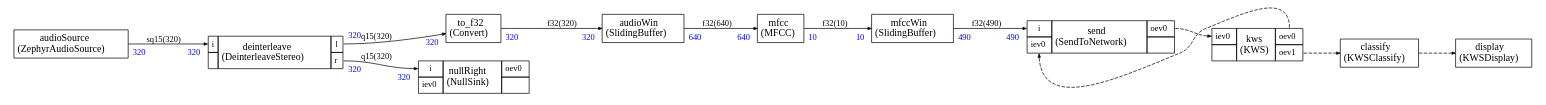
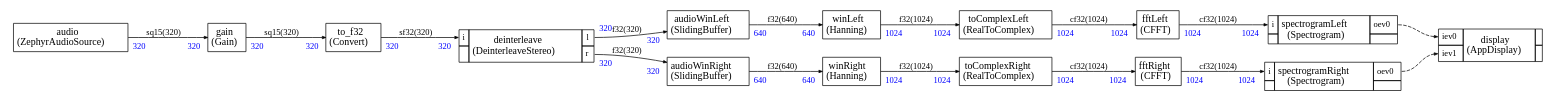
One commit to christophe0606/ZephyrAI changed the diagram in src/stream/scheduler/graph.dot. Above: the diagram before and after it, drawn with Graphviz. The commit also changed 9 other files, not shown here.

```diff
--- a/src/stream/scheduler/graph.dot
+++ b/src/stream/scheduler/graph.dot
@@ -11,17 +11,24 @@
     edge [arrowsize="0.5",color="black",fontcolor="black",fontname="Times-Roman"]
 
 
-audioSource [label=<
+audio [label=<
 <TABLE color="black" bgcolor="none" BORDER="0" CELLBORDER="1" CELLSPACING="0" CELLPADDING="4">
   <TR>
-    <TD ALIGN="CENTER" PORT="i"><FONT COLOR="black" POINT-SIZE="14.0">audioSource<BR/>(ZephyrAudioSource)</FONT></TD>
+    <TD ALIGN="CENTER" PORT="i"><FONT COLOR="black" POINT-SIZE="14.0">audio<BR/>(ZephyrAudioSource)</FONT></TD>
   </TR>
 </TABLE>>];
 
-audioWin [label=<
+audioWinLeft [label=<
 <TABLE color="black" bgcolor="none" BORDER="0" CELLBORDER="1" CELLSPACING="0" CELLPADDING="4">
   <TR>
-    <TD ALIGN="CENTER" PORT="i"><FONT COLOR="black" POINT-SIZE="14.0">audioWin<BR/>(SlidingBuffer)</FONT></TD>
+    <TD ALIGN="CENTER" PORT="i"><FONT COLOR="black" POINT-SIZE="14.0">audioWinLeft<BR/>(SlidingBuffer)</FONT></TD>
+  </TR>
+</TABLE>>];
+
+audioWinRight [label=<
+<TABLE color="black" bgcolor="none" BORDER="0" CELLBORDER="1" CELLSPACING="0" CELLPADDING="4">
+  <TR>
+    <TD ALIGN="CENTER" PORT="i"><FONT COLOR="black" POINT-SIZE="14.0">audioWinRight<BR/>(SlidingBuffer)</FONT></TD>
   </TR>
 </TABLE>>];
 
@@ -41,50 +48,71 @@
 
 </TABLE>>];
 
-mfcc [label=<
+fftLeft [label=<
 <TABLE color="black" bgcolor="none" BORDER="0" CELLBORDER="1" CELLSPACING="0" CELLPADDING="4">
   <TR>
-    <TD ALIGN="CENTER" PORT="i"><FONT COLOR="black" POINT-SIZE="14.0">mfcc<BR/>(MFCC)</FONT></TD>
+    <TD ALIGN="CENTER" PORT="i"><FONT COLOR="black" POINT-SIZE="14.0">fftLeft<BR/>(CFFT)</FONT></TD>
   </TR>
 </TABLE>>];
 
-mfccWin [label=<
+fftRight [label=<
 <TABLE color="black" bgcolor="none" BORDER="0" CELLBORDER="1" CELLSPACING="0" CELLPADDING="4">
   <TR>
-    <TD ALIGN="CENTER" PORT="i"><FONT COLOR="black" POINT-SIZE="14.0">mfccWin<BR/>(SlidingBuffer)</FONT></TD>
+    <TD ALIGN="CENTER" PORT="i"><FONT COLOR="black" POINT-SIZE="14.0">fftRight<BR/>(CFFT)</FONT></TD>
+  </TR>
+</TABLE>>];
+
+gain [label=<
+<TABLE color="black" bgcolor="none" BORDER="0" CELLBORDER="1" CELLSPACING="0" CELLPADDING="4">
+  <TR>
+    <TD ALIGN="CENTER" PORT="i"><FONT COLOR="black" POINT-SIZE="14.0">gain<BR/>(Gain)</FONT></TD>
   </TR>
 </TABLE>>];
 
 
-nullRight [label=<
+spectrogramLeft [label=<
 <TABLE color="black" bgcolor="none" BORDER="0" CELLBORDER="1" CELLSPACING="0" CELLPADDING="4">
   <TR>
     <TD PORT="i"><FONT POINT-SIZE="12.0" COLOR="black">i</FONT></TD>
-    <TD ALIGN="CENTER" ROWSPAN="2"><FONT COLOR="black" POINT-SIZE="14.0">nullRight<BR/>(NullSink)</FONT></TD>
+    <TD ALIGN="CENTER" ROWSPAN="2"><FONT COLOR="black" POINT-SIZE="14.0">spectrogramLeft<BR/>(Spectrogram)</FONT></TD>
     <TD PORT="oev0"><FONT POINT-SIZE="12.0" COLOR="black">oev0</FONT></TD>
   </TR>
 <TR>
-<TD PORT="iev0"><FONT POINT-SIZE="12.0" COLOR="black">iev0</FONT></TD>
-
+ 
+<TD></TD>
  
 <TD></TD></TR>
 
 </TABLE>>];
 
 
-send [label=<
+spectrogramRight [label=<
 <TABLE color="black" bgcolor="none" BORDER="0" CELLBORDER="1" CELLSPACING="0" CELLPADDING="4">
   <TR>
     <TD PORT="i"><FONT POINT-SIZE="12.0" COLOR="black">i</FONT></TD>
-    <TD ALIGN="CENTER" ROWSPAN="2"><FONT COLOR="black" POINT-SIZE="14.0">send<BR/>(SendToNetwork)</FONT></TD>
+    <TD ALIGN="CENTER" ROWSPAN="2"><FONT COLOR="black" POINT-SIZE="14.0">spectrogramRight<BR/>(Spectrogram)</FONT></TD>
     <TD PORT="oev0"><FONT POINT-SIZE="12.0" COLOR="black">oev0</FONT></TD>
   </TR>
 <TR>
-<TD PORT="iev0"><FONT POINT-SIZE="12.0" COLOR="black">iev0</FONT></TD>
-
+ 
+<TD></TD>
  
 <TD></TD></TR>
 
+</TABLE>>];
+
+toComplexLeft [label=<
+<TABLE color="black" bgcolor="none" BORDER="0" CELLBORDER="1" CELLSPACING="0" CELLPADDING="4">
+  <TR>
+    <TD ALIGN="CENTER" PORT="i"><FONT COLOR="black" POINT-SIZE="14.0">toComplexLeft<BR/>(RealToComplex)</FONT></TD>
+  </TR>
+</TABLE>>];
+
+toComplexRight [label=<
+<TABLE color="black" bgcolor="none" BORDER="0" CELLBORDER="1" CELLSPACING="0" CELLPADDING="4">
+  <TR>
+    <TD ALIGN="CENTER" PORT="i"><FONT COLOR="black" POINT-SIZE="14.0">toComplexRight<BR/>(RealToComplex)</FONT></TD>
+  </TR>
 </TABLE>>];
 
 to_f32 [label=<
@@ -94,92 +122,122 @@
   </TR>
 </TABLE>>];
 
-classify [label=<
+winLeft [label=<
 <TABLE color="black" bgcolor="none" BORDER="0" CELLBORDER="1" CELLSPACING="0" CELLPADDING="4">
   <TR>
-    <TD ALIGN="CENTER" PORT="i"><FONT COLOR="black" POINT-SIZE="14.0">classify<BR/>(KWSClassify)</FONT></TD>
+    <TD ALIGN="CENTER" PORT="i"><FONT COLOR="black" POINT-SIZE="14.0">winLeft<BR/>(Hanning)</FONT></TD>
   </TR>
 </TABLE>>];
+
+winRight [label=<
+<TABLE color="black" bgcolor="none" BORDER="0" CELLBORDER="1" CELLSPACING="0" CELLPADDING="4">
+  <TR>
+    <TD ALIGN="CENTER" PORT="i"><FONT COLOR="black" POINT-SIZE="14.0">winRight<BR/>(Hanning)</FONT></TD>
+  </TR>
+</TABLE>>];
+
 
 display [label=<
 <TABLE color="black" bgcolor="none" BORDER="0" CELLBORDER="1" CELLSPACING="0" CELLPADDING="4">
   <TR>
-    <TD ALIGN="CENTER" PORT="i"><FONT COLOR="black" POINT-SIZE="14.0">display<BR/>(KWSDisplay)</FONT></TD>
-  </TR>
-</TABLE>>];
-
-
-kws [label=<
-<TABLE color="black" bgcolor="none" BORDER="0" CELLBORDER="1" CELLSPACING="0" CELLPADDING="4">
-  <TR>
     <TD PORT="iev0"><FONT POINT-SIZE="12.0" COLOR="black">iev0</FONT></TD>
-    <TD ALIGN="CENTER" ROWSPAN="2"><FONT COLOR="black" POINT-SIZE="14.0">kws<BR/>(KWS)</FONT></TD>
-    <TD PORT="oev0"><FONT POINT-SIZE="12.0" COLOR="black">oev0</FONT></TD>
+    <TD ALIGN="CENTER" ROWSPAN="2"><FONT COLOR="black" POINT-SIZE="14.0">display<BR/>(AppDisplay)</FONT></TD>
+    <TD></TD>
   </TR>
 <TR>
+<TD PORT="iev1"><FONT POINT-SIZE="12.0" COLOR="black">iev1</FONT></TD>
+
  
-<TD></TD>
-<TD PORT="oev1"><FONT POINT-SIZE="12.0" COLOR="black">oev1</FONT></TD>
-</TR>
+<TD></TD></TR>
 
 </TABLE>>];
 
 
 
-audioSource:i -> deinterleave:i [style="solid",color="black",fontsize="12.0",fontcolor="black",label=<sq15(320)>
+audio:i -> gain:i [style="solid",color="black",fontsize="12.0",fontcolor="black",label=<sq15(320)>
 ,headlabel=<<TABLE BORDER="0" CELLPADDING="4"><TR><TD><FONT COLOR="blue" POINT-SIZE="12.0" >320</FONT>
 </TD></TR></TABLE>>
 ,taillabel=<<TABLE BORDER="0" CELLPADDING="4"><TR><TD><FONT COLOR="blue" POINT-SIZE="12.0" >320</FONT>
 </TD></TR></TABLE>>]
 
-deinterleave:l -> to_f32:i [style="solid",color="black",fontsize="12.0",fontcolor="black",label=<q15(320)>
+gain:i -> to_f32:i [style="solid",color="black",fontsize="12.0",fontcolor="black",label=<sq15(320)>
 ,headlabel=<<TABLE BORDER="0" CELLPADDING="4"><TR><TD><FONT COLOR="blue" POINT-SIZE="12.0" >320</FONT>
 </TD></TR></TABLE>>
 ,taillabel=<<TABLE BORDER="0" CELLPADDING="4"><TR><TD><FONT COLOR="blue" POINT-SIZE="12.0" >320</FONT>
 </TD></TR></TABLE>>]
 
-to_f32:i -> audioWin:i [style="solid",color="black",fontsize="12.0",fontcolor="black",label=<f32(320)>
+to_f32:i -> deinterleave:i [style="solid",color="black",fontsize="12.0",fontcolor="black",label=<sf32(320)>
 ,headlabel=<<TABLE BORDER="0" CELLPADDING="4"><TR><TD><FONT COLOR="blue" POINT-SIZE="12.0" >320</FONT>
 </TD></TR></TABLE>>
 ,taillabel=<<TABLE BORDER="0" CELLPADDING="4"><TR><TD><FONT COLOR="blue" POINT-SIZE="12.0" >320</FONT>
 </TD></TR></TABLE>>]
 
-audioWin:i -> mfcc:i [style="solid",color="black",fontsize="12.0",fontcolor="black",label=<f32(640)>
+deinterleave:l -> audioWinLeft:i [style="solid",color="black",fontsize="12.0",fontcolor="black",label=<f32(320)>
+,headlabel=<<TABLE BORDER="0" CELLPADDING="4"><TR><TD><FONT COLOR="blue" POINT-SIZE="12.0" >320</FONT>
+</TD></TR></TABLE>>
+,taillabel=<<TABLE BORDER="0" CELLPADDING="4"><TR><TD><FONT COLOR="blue" POINT-SIZE="12.0" >320</FONT>
+</TD></TR></TABLE>>]
+
+audioWinLeft:i -> winLeft:i [style="solid",color="black",fontsize="12.0",fontcolor="black",label=<f32(640)>
 ,headlabel=<<TABLE BORDER="0" CELLPADDING="4"><TR><TD><FONT COLOR="blue" POINT-SIZE="12.0" >640</FONT>
 </TD></TR></TABLE>>
 ,taillabel=<<TABLE BORDER="0" CELLPADDING="4"><TR><TD><FONT COLOR="blue" POINT-SIZE="12.0" >640</FONT>
 </TD></TR></TABLE>>]
 
-mfcc:i -> mfccWin:i [style="solid",color="black",fontsize="12.0",fontcolor="black",label=<f32(10)>
-,headlabel=<<TABLE BORDER="0" CELLPADDING="4"><TR><TD><FONT COLOR="blue" POINT-SIZE="12.0" >10</FONT>
+winLeft:i -> toComplexLeft:i [style="solid",color="black",fontsize="12.0",fontcolor="black",label=<f32(1024)>
+,headlabel=<<TABLE BORDER="0" CELLPADDING="4"><TR><TD><FONT COLOR="blue" POINT-SIZE="12.0" >1024</FONT>
 </TD></TR></TABLE>>
-,taillabel=<<TABLE BORDER="0" CELLPADDING="4"><TR><TD><FONT COLOR="blue" POINT-SIZE="12.0" >10</FONT>
+,taillabel=<<TABLE BORDER="0" CELLPADDING="4"><TR><TD><FONT COLOR="blue" POINT-SIZE="12.0" >1024</FONT>
 </TD></TR></TABLE>>]
 
-mfccWin:i -> send:i [style="solid",color="black",fontsize="12.0",fontcolor="black",label=<f32(490)>
-,headlabel=<<TABLE BORDER="0" CELLPADDING="4"><TR><TD><FONT COLOR="blue" POINT-SIZE="12.0" >490</FONT>
+toComplexLeft:i -> fftLeft:i [style="solid",color="black",fontsize="12.0",fontcolor="black",label=<cf32(1024)>
+,headlabel=<<TABLE BORDER="0" CELLPADDING="4"><TR><TD><FONT COLOR="blue" POINT-SIZE="12.0" >1024</FONT>
 </TD></TR></TABLE>>
-,taillabel=<<TABLE BORDER="0" CELLPADDING="4"><TR><TD><FONT COLOR="blue" POINT-SIZE="12.0" >490</FONT>
+,taillabel=<<TABLE BORDER="0" CELLPADDING="4"><TR><TD><FONT COLOR="blue" POINT-SIZE="12.0" >1024</FONT>
 </TD></TR></TABLE>>]
 
-deinterleave:r -> nullRight:i [style="solid",color="black",fontsize="12.0",fontcolor="black",label=<q15(320)>
+fftLeft:i -> spectrogramLeft:i [style="solid",color="black",fontsize="12.0",fontcolor="black",label=<cf32(1024)>
+,headlabel=<<TABLE BORDER="0" CELLPADDING="4"><TR><TD><FONT COLOR="blue" POINT-SIZE="12.0" >1024</FONT>
+</TD></TR></TABLE>>
+,taillabel=<<TABLE BORDER="0" CELLPADDING="4"><TR><TD><FONT COLOR="blue" POINT-SIZE="12.0" >1024</FONT>
+</TD></TR></TABLE>>]
+
+deinterleave:r -> audioWinRight:i [style="solid",color="black",fontsize="12.0",fontcolor="black",label=<f32(320)>
 ,headlabel=<<TABLE BORDER="0" CELLPADDING="4"><TR><TD><FONT COLOR="blue" POINT-SIZE="12.0" >320</FONT>
 </TD></TR></TABLE>>
 ,taillabel=<<TABLE BORDER="0" CELLPADDING="4"><TR><TD><FONT COLOR="blue" POINT-SIZE="12.0" >320</FONT>
 </TD></TR></TABLE>>]
 
+audioWinRight:i -> winRight:i [style="solid",color="black",fontsize="12.0",fontcolor="black",label=<f32(640)>
+,headlabel=<<TABLE BORDER="0" CELLPADDING="4"><TR><TD><FONT COLOR="blue" POINT-SIZE="12.0" >640</FONT>
+</TD></TR></TABLE>>
+,taillabel=<<TABLE BORDER="0" CELLPADDING="4"><TR><TD><FONT COLOR="blue" POINT-SIZE="12.0" >640</FONT>
+</TD></TR></TABLE>>]
+
+winRight:i -> toComplexRight:i [style="solid",color="black",fontsize="12.0",fontcolor="black",label=<f32(1024)>
+,headlabel=<<TABLE BORDER="0" CELLPADDING="4"><TR><TD><FONT COLOR="blue" POINT-SIZE="12.0" >1024</FONT>
+</TD></TR></TABLE>>
+,taillabel=<<TABLE BORDER="0" CELLPADDING="4"><TR><TD><FONT COLOR="blue" POINT-SIZE="12.0" >1024</FONT>
+</TD></TR></TABLE>>]
+
+toComplexRight:i -> fftRight:i [style="solid",color="black",fontsize="12.0",fontcolor="black",label=<cf32(1024)>
+,headlabel=<<TABLE BORDER="0" CELLPADDING="4"><TR><TD><FONT COLOR="blue" POINT-SIZE="12.0" >1024</FONT>
+</TD></TR></TABLE>>
+,taillabel=<<TABLE BORDER="0" CELLPADDING="4"><TR><TD><FONT COLOR="blue" POINT-SIZE="12.0" >1024</FONT>
+</TD></TR></TABLE>>]
+
+fftRight:i -> spectrogramRight:i [style="solid",color="black",fontsize="12.0",fontcolor="black",label=<cf32(1024)>
+,headlabel=<<TABLE BORDER="0" CELLPADDING="4"><TR><TD><FONT COLOR="blue" POINT-SIZE="12.0" >1024</FONT>
+</TD></TR></TABLE>>
+,taillabel=<<TABLE BORDER="0" CELLPADDING="4"><TR><TD><FONT COLOR="blue" POINT-SIZE="12.0" >1024</FONT>
+</TD></TR></TABLE>>]
 
 
-send:oev0 -> kws:iev0 [style="dashed",color="black",fontsize="12.0",fontcolor="black",label=<>
+
+spectrogramLeft:oev0 -> display:iev0 [style="dashed",color="black",fontsize="12.0",fontcolor="black",label=<>
 
 ]
-kws:oev0 -> send:iev0 [style="dashed",color="black",fontsize="12.0",fontcolor="black",label=<>
-
-]
-kws:oev1 -> classify:i [style="dashed",color="black",fontsize="12.0",fontcolor="black",label=<>
-
-]
-classify:i -> display:i [style="dashed",color="black",fontsize="12.0",fontcolor="black",label=<>
+spectrogramRight:oev0 -> display:iev1 [style="dashed",color="black",fontsize="12.0",fontcolor="black",label=<>
 
 ]
 
```
